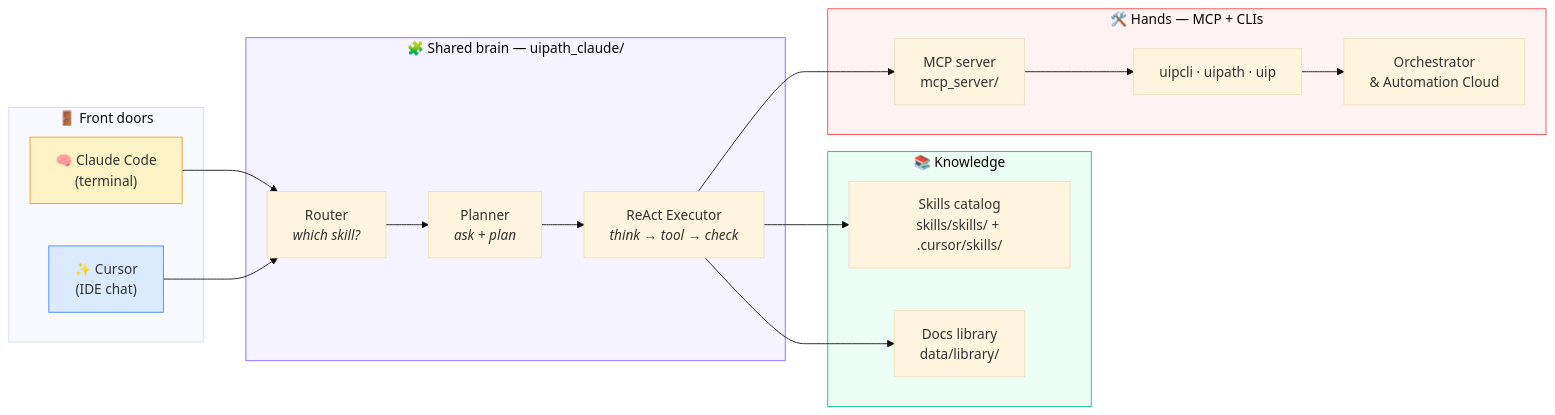
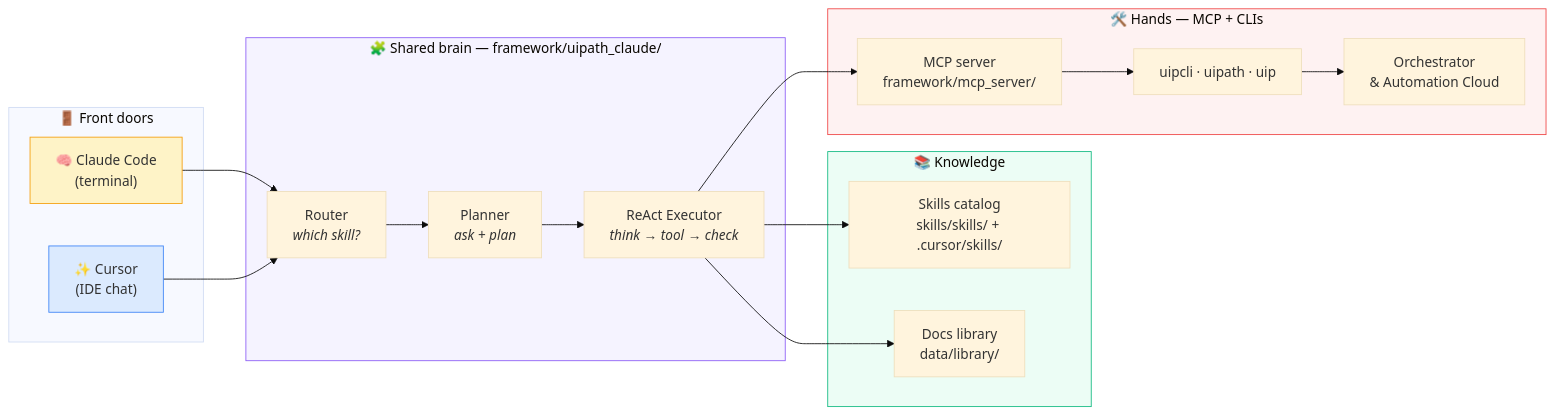
Before and after one commit to DanielaRosenn/uiplan-agent-of-agents: the first of 6 diagrams in docs/HOW_IT_WORKS.md, drawn with Mermaid (base theme). The commit also changed other lines of this file, not shown here.

````diff
--- a/docs/HOW_IT_WORKS.md
+++ b/docs/HOW_IT_WORKS.md
@@ -16,37 +16,37 @@
 ```mermaid
 flowchart LR
     subgraph Front["🚪 Front doors"]
         CC["🧠 Claude Code<br/>(terminal)"]
         CU["✨ Cursor<br/>(IDE chat)"]
     end
 
-    subgraph Brain["🧩 Shared brain — uipath_claude/"]
+    subgraph Brain["🧩 Shared brain — framework/uipath_claude/"]
         Router["Router<br/><i>which skill?</i>"]
         Planner["Planner<br/><i>ask + plan</i>"]
         Exec["ReAct Executor<br/><i>think → tool → check</i>"]
     end
 
     subgraph Knowledge["📚 Knowledge"]
         Skills["Skills catalog<br/>skills/skills/ + .cursor/skills/"]
         Lib["Docs library<br/>data/library/"]
     end
 
     subgraph Hands["🛠️ Hands — MCP + CLIs"]
-        MCP["MCP server<br/>mcp_server/"]
+        MCP["MCP server<br/>framework/mcp_server/"]
         CLI["uipcli · uipath · uip"]
         Orc["Orchestrator<br/>& Automation Cloud"]
     end
 
     CC --> Router
     CU --> Router
     Router --> Planner --> Exec
     Exec --> Skills
     Exec --> Lib
     Exec --> MCP --> CLI --> Orc
 
     style CC fill:#fef3c7,stroke:#f59e0b
     style CU fill:#dbeafe,stroke:#3b82f6
     style Brain fill:#f5f3ff,stroke:#8b5cf6
     style Knowledge fill:#ecfdf5,stroke:#10b981
     style Hands fill:#fef2f2,stroke:#ef4444
 ```
````
